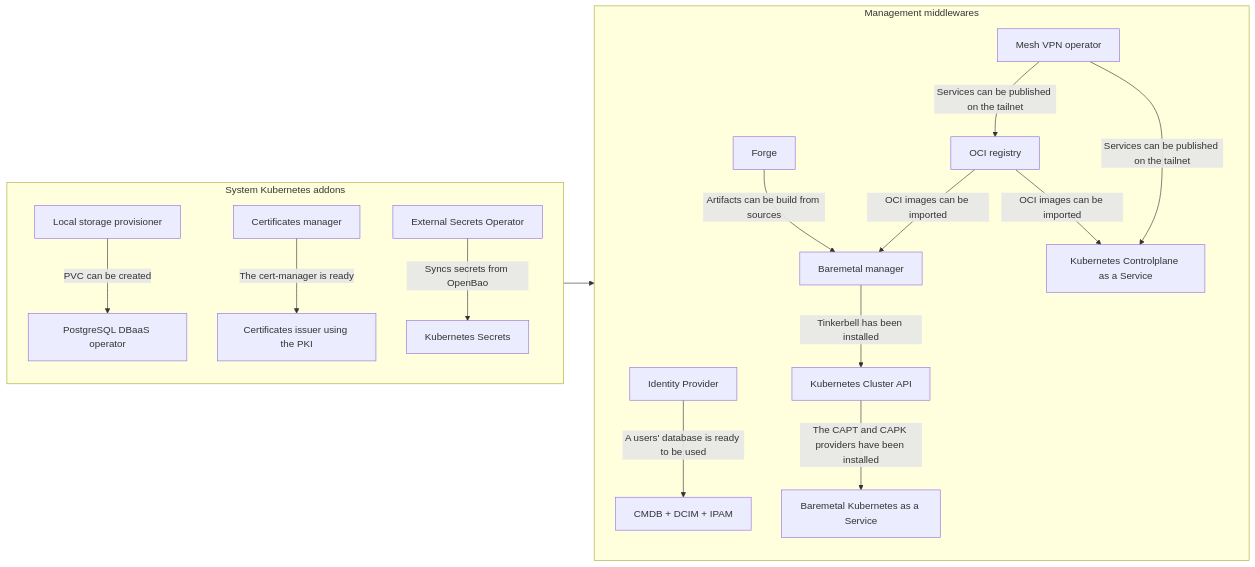
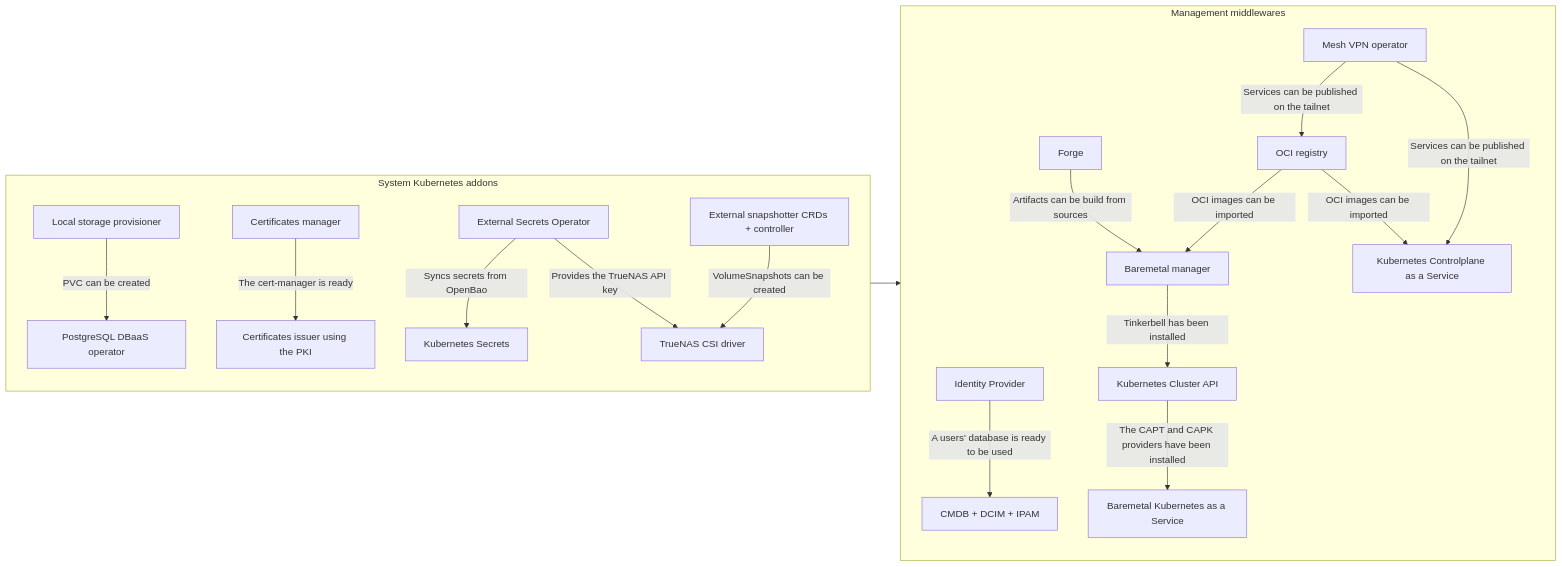
The fifth of 5 diagrams in ring0/README.md (mgrzybek/micro-cloud), drawn with Mermaid before and after one commit. The commit also changed other lines of this file and 18 other files, not shown here.

Commit message:
feat(csi): add initial support for truenas and snapshots (#14)

````diff
--- a/ring0/README.md
+++ b/ring0/README.md
@@ -120,19 +129,21 @@
 ```mermaid
 flowchart LR
     subgraph system["System Kubernetes addons"]
         storage["Local storage provisioner"] -- PVC can be created        --> cnpg["PostgreSQL DBaaS operator"]
         cert-manager["Certificates manager"] -- The cert-manager is ready --> cert-issuer["Certificates issuer using the PKI"]
         eso["External Secrets Operator"] -- Syncs secrets from OpenBao --> k8s-secrets["Kubernetes Secrets"]
+        snapshotter["External snapshotter CRDs + controller"] -- VolumeSnapshots can be created --> truenas-csi["TrueNAS CSI driver"]
+        eso -- Provides the TrueNAS API key --> truenas-csi
     end
 
     subgraph middlewares["Management middlewares"]
         authentik["Identity Provider"] -- A users' database is ready to be used --> netbox["CMDB + DCIM + IPAM"]
         forge["Forge"] -- Artifacts can be build from sources --> tinkerbell
         zot["OCI registry"] -- OCI images can be imported --> kamaji["Kubernetes Controlplane as a Service"]
         zot -- OCI images can be imported --> tinkerbell["Baremetal manager"] -- Tinkerbell has been installed --> clusterapi["Kubernetes Cluster API"] -- The CAPT and CAPK providers have been installed --> kaas["Baremetal Kubernetes as a Service"]
         tailscale["Mesh VPN operator"] -- Services can be published on the tailnet --> zot
         tailscale["Mesh VPN operator"] -- Services can be published on the tailnet -->  kamaji
     end
 
     system --> middlewares
 ```
````
